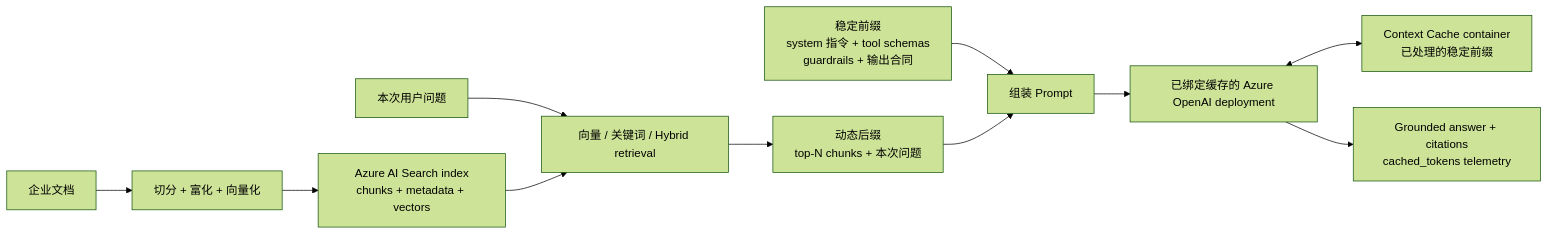
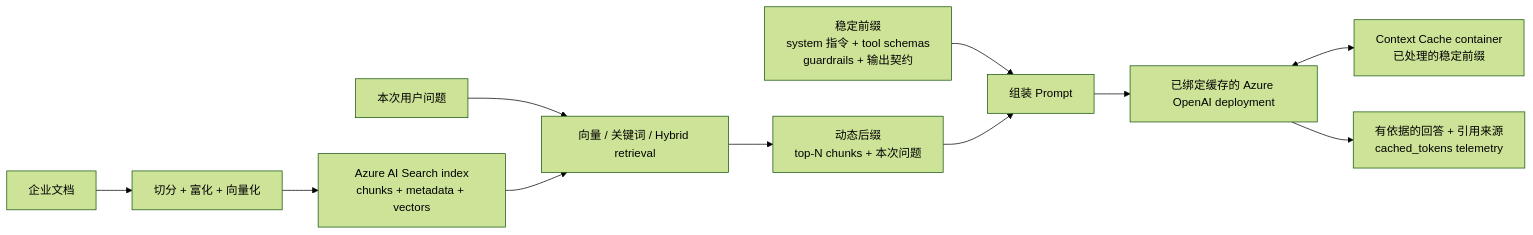
Before and after one commit to david-xinyuwei/david-share: the diagram in Agents/Azure-Context-Cache-E2E-Validation/README-CN.md, drawn with Mermaid (forest theme). The commit also changed other lines of this file and 3 other files, not shown here.

````diff
--- a/Agents/Azure-Context-Cache-E2E-Validation/README-CN.md
+++ b/Agents/Azure-Context-Cache-E2E-Validation/README-CN.md
@@ -205,13 +296,13 @@
 ```mermaid
 flowchart LR
   Docs[企业文档] --> Ingest[切分 + 富化 + 向量化]
   Ingest --> Index[Azure AI Search index<br/>chunks + metadata + vectors]
   Query[本次用户问题] --> Retrieve[向量 / 关键词 / Hybrid retrieval]
   Index --> Retrieve
   Retrieve --> Dynamic[动态后缀<br/>top-N chunks + 本次问题]
-  Stable[稳定前缀<br/>system 指令 + tool schemas<br/>guardrails + 输出合同] --> Prompt[组装 Prompt]
+  Stable[稳定前缀<br/>system 指令 + tool schemas<br/>guardrails + 输出契约] --> Prompt[组装 Prompt]
   Dynamic --> Prompt
   Prompt --> AOAI[已绑定缓存的 Azure OpenAI deployment]
   AOAI <--> Cache[Context Cache container<br/>已处理的稳定前缀]
-  AOAI --> Answer[Grounded answer + citations<br/>cached_tokens telemetry]
+  AOAI --> Answer[有依据的回答 + 引用来源<br/>cached_tokens telemetry]
 ```
````
